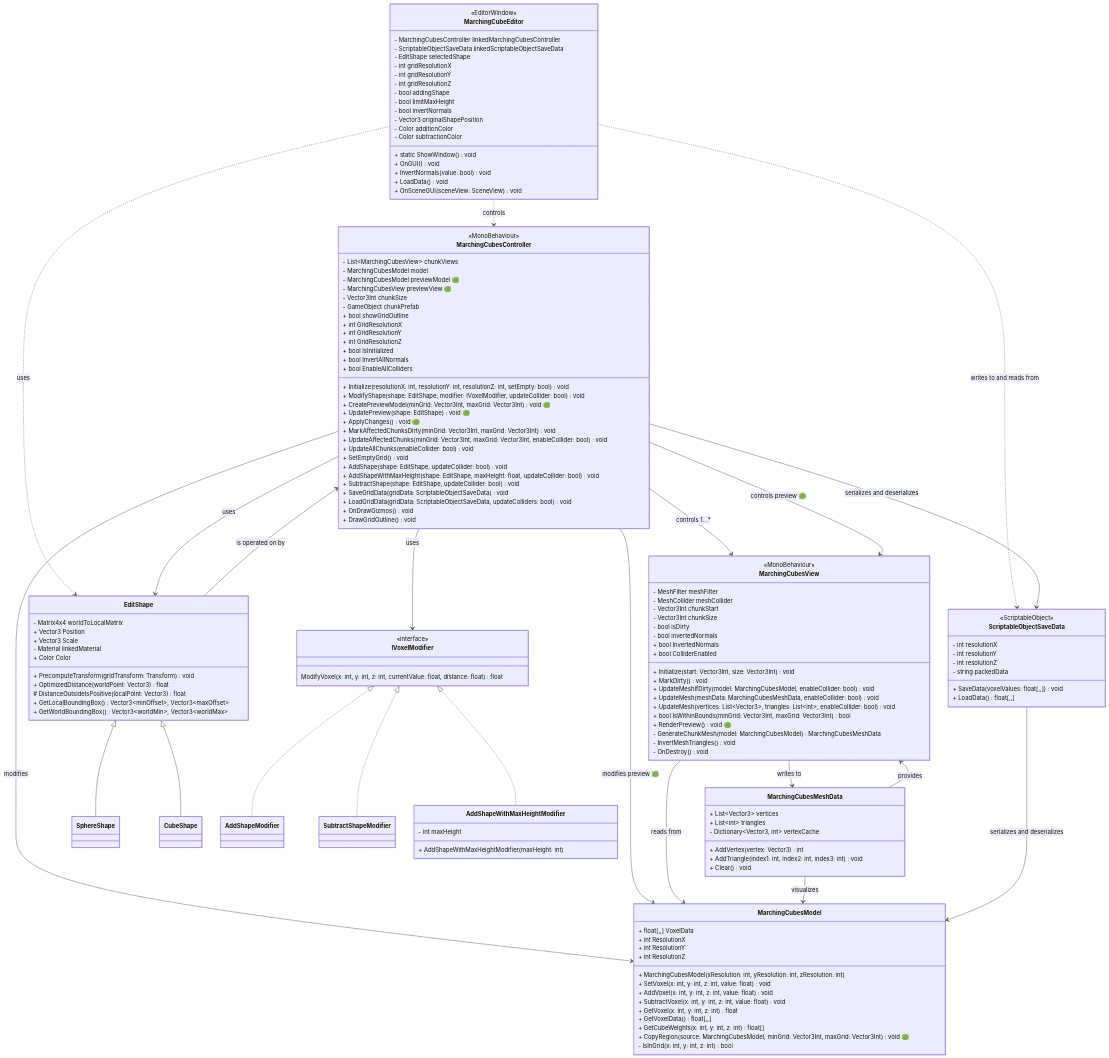
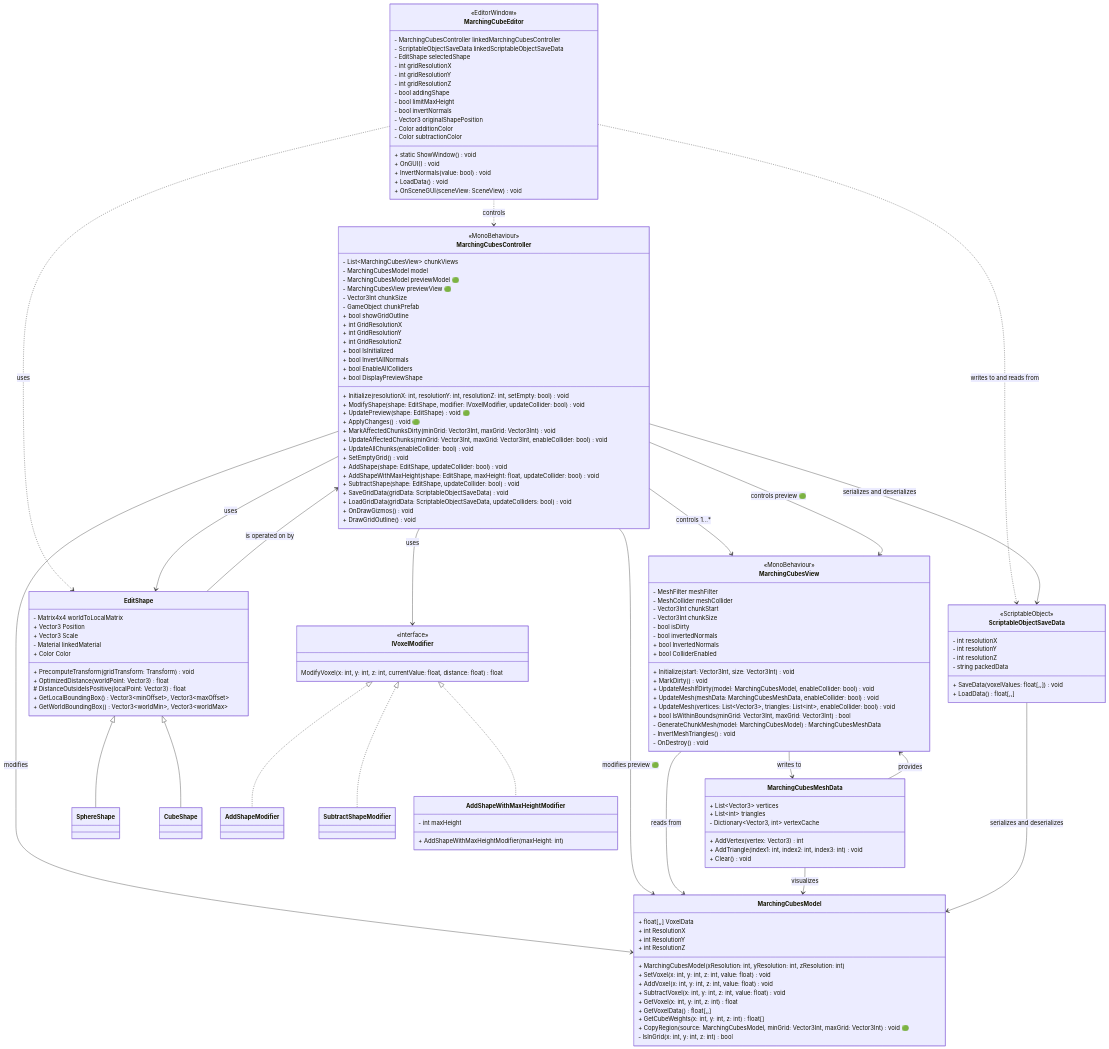
The diagram in Documentation/UML/ClassDiagram/README.md (iffn/MarchingCubeEditorForUnity), drawn with Mermaid before and after one commit. The commit also changed 1 other file, not shown here.

Commit message:
Updated class and sequence diagram

```diff
--- a/Documentation/UML/ClassDiagram/README.md
+++ b/Documentation/UML/ClassDiagram/README.md
@@ -13,17 +13,17 @@
         + int GridResolutionX
         + int GridResolutionY
         + int GridResolutionZ
+        + bool IsInitialized
+        + bool InvertAllNormals
+        + bool EnableAllColliders
+        + bool DisplayPreviewShape
         + Initialize(resolutionX: int, resolutionY: int, resolutionZ: int, setEmpty: bool) void
-        + bool IsInitialized
         + ModifyShape(shape: EditShape, modifier: IVoxelModifier, updateCollider: bool) void
-        + CreatePreviewModel(minGrid: Vector3Int, maxGrid: Vector3Int) void 🟢
         + UpdatePreview(shape: EditShape) void 🟢
         + ApplyChanges() void 🟢
         + MarkAffectedChunksDirty(minGrid: Vector3Int, maxGrid: Vector3Int) void
         + UpdateAffectedChunks(minGrid: Vector3Int, maxGrid: Vector3Int, enableCollider: bool) void
         + UpdateAllChunks(enableCollider: bool) void
-        + bool InvertAllNormals
-        + bool EnableAllColliders
         + SetEmptyGrid() void
         + AddShape(shape: EditShape, updateCollider: bool) void
         + AddShapeWithMaxHeight(shape: EditShape, maxHeight: float, updateCollider: bool) void
@@ -50,7 +50,6 @@
         + bool InvertedNormals
         + bool ColliderEnabled
         + bool IsWithinBounds(minGrid: Vector3Int, maxGrid: Vector3Int) bool
-        + RenderPreview() void 🟢
         - GenerateChunkMesh(model: MarchingCubesModel) MarchingCubesMeshData
         - InvertMeshTriangles() void
         - OnDestroy() void
```
